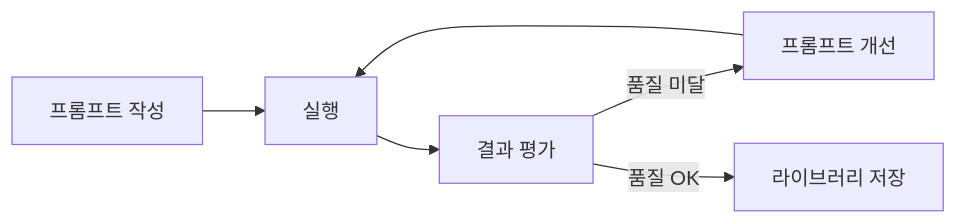
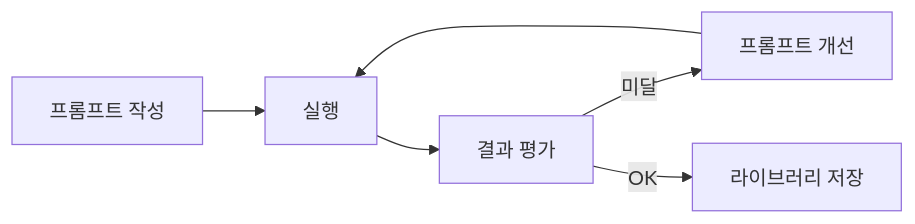
The diagram in _posts/ai/2026-05-03-prompt-engineering.md (yjkim2015/yjkim2015.github.io), drawn with Mermaid before and after one commit. The commit also changed other lines of this file and 132 other files, not shown here.

First line of the commit message:
Mermaid 다이어그램 가독성 정리: 단순 제거, 노드 축소, TD→LR 변환

````diff
--- a/_posts/ai/2026-05-03-prompt-engineering.md
+++ b/_posts/ai/2026-05-03-prompt-engineering.md
@@ -785,8 +779,8 @@
 ```mermaid
 graph LR
     P["프롬프트 작성"] --> RUN["실행"]
     RUN --> EVAL["결과 평가"]
-    EVAL -->|"품질 미달"| IMPROVE["프롬프트 개선"]
-    IMPROVE --> RUN
-    EVAL -->|"품질 OK"| SAVE["라이브러리 저장"]
+    EVAL -->|"미달"| IMP["프롬프트 개선"]
+    IMP --> RUN
+    EVAL -->|"OK"| SAVE["라이브러리 저장"]
 ```
````
